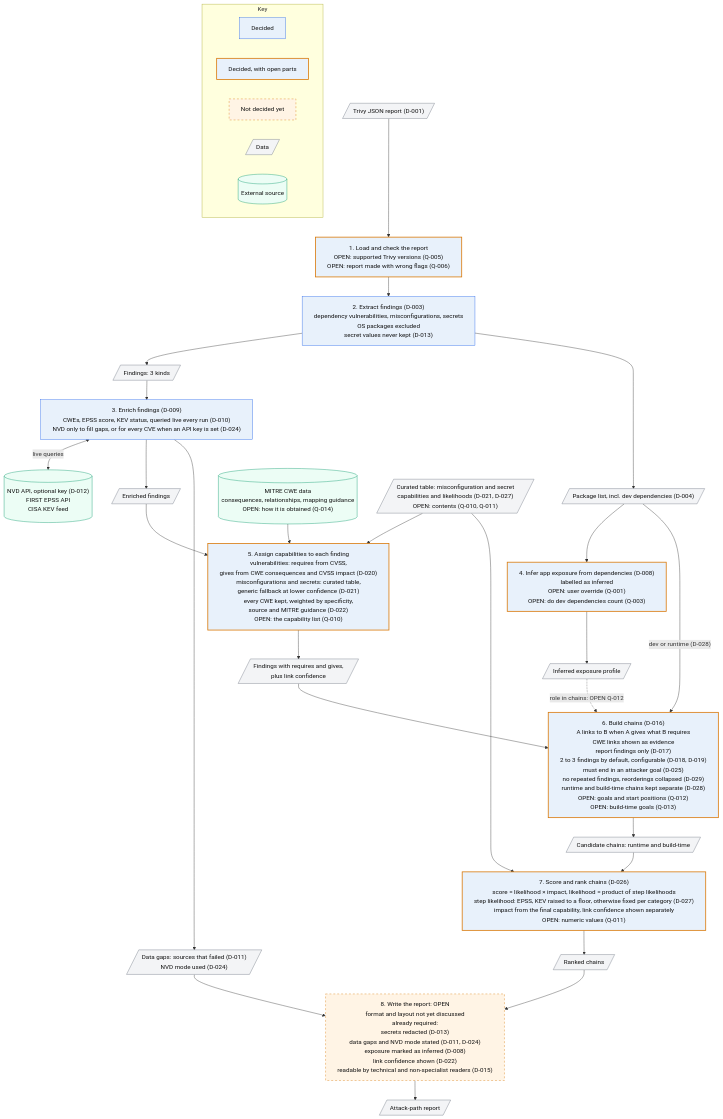
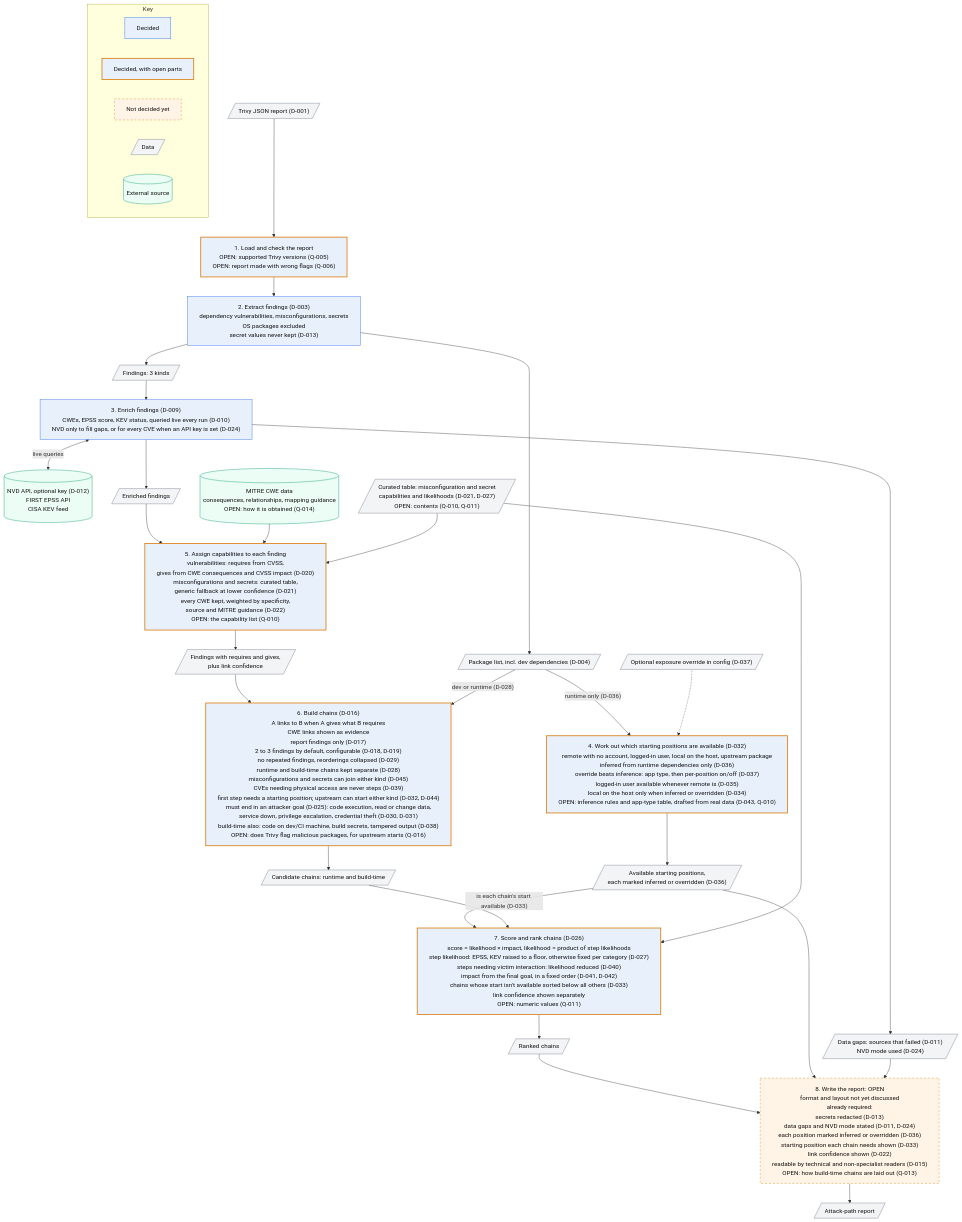
The diagram in docs/planning/diagrams/02-internal-pipeline.md (jackbowden-ai/open-attack-path), drawn with Mermaid before and after one commit. The commit also changed other lines of this file and 10 other files, not shown here.

First line of the commit message:
Attacker model interview: decisions D-030 to D-045, diagrams updated

````diff
--- a/docs/planning/diagrams/02-internal-pipeline.md
+++ b/docs/planning/diagrams/02-internal-pipeline.md
@@ -5,76 +5,80 @@
 ```mermaid
 ---
 config:
   flowchart:
     wrappingWidth: 600
 ---
 flowchart TB
     in[/"Trivy JSON report (D-001)"/]
 
     s1["1. Load and check the report<br/>OPEN: supported Trivy versions (Q-005)<br/>OPEN: report made with wrong flags (Q-006)"]
     s2["2. Extract findings (D-003)<br/>dependency vulnerabilities, misconfigurations, secrets<br/>OS packages excluded<br/>secret values never kept (D-013)"]
     d2a[/"Findings: 3 kinds"/]
     d2b[/"Package list, incl. dev dependencies (D-004)"/]
 
     s3["3. Enrich findings (D-009)<br/>CWEs, EPSS score, KEV status, queried live every run (D-010)<br/>NVD only to fill gaps, or for every CVE when an API key is set (D-024)"]
     ext[("NVD API, optional key (D-012)<br/>FIRST EPSS API<br/>CISA KEV feed")]
     d3a[/"Enriched findings"/]
     d3b[/"Data gaps: sources that failed (D-011)<br/>NVD mode used (D-024)"/]
 
-    s4["4. Infer app exposure from dependencies (D-008)<br/>labelled as inferred<br/>OPEN: user override (Q-001)<br/>OPEN: do dev dependencies count (Q-003)"]
-    d4[/"Inferred exposure profile"/]
+    s4["4. Work out which starting positions are available (D-032)<br/>remote with no account, logged-in user, local on the host, upstream package<br/>inferred from runtime dependencies only (D-036)<br/>override beats inference: app type, then per-position on/off (D-037)<br/>logged-in user available whenever remote is (D-035)<br/>local on the host only when inferred or overridden (D-034)<br/>OPEN: inference rules and app-type table, drafted from real data (D-043, Q-010)"]
+    ovr[/"Optional exposure override in config (D-037)"/]
+    d4[/"Available starting positions,<br/>each marked inferred or overridden (D-036)"/]
 
     s5["5. Assign capabilities to each finding<br/>vulnerabilities: requires from CVSS,<br/>gives from CWE consequences and CVSS impact (D-020)<br/>misconfigurations and secrets: curated table,<br/>generic fallback at lower confidence (D-021)<br/>every CWE kept, weighted by specificity,<br/>source and MITRE guidance (D-022)<br/>OPEN: the capability list (Q-010)"]
     cwe[("MITRE CWE data<br/>consequences, relationships, mapping guidance<br/>OPEN: how it is obtained (Q-014)")]
     tbl[/"Curated table: misconfiguration and secret<br/>capabilities and likelihoods (D-021, D-027)<br/>OPEN: contents (Q-010, Q-011)"/]
     d5[/"Findings with requires and gives,<br/>plus link confidence"/]
 
-    s6["6. Build chains (D-016)<br/>A links to B when A gives what B requires<br/>CWE links shown as evidence<br/>report findings only (D-017)<br/>2 to 3 findings by default, configurable (D-018, D-019)<br/>must end in an attacker goal (D-025)<br/>no repeated findings, reorderings collapsed (D-029)<br/>runtime and build-time chains kept separate (D-028)<br/>OPEN: goals and start positions (Q-012)<br/>OPEN: build-time goals (Q-013)"]
+    s6["6. Build chains (D-016)<br/>A links to B when A gives what B requires<br/>CWE links shown as evidence<br/>report findings only (D-017)<br/>2 to 3 findings by default, configurable (D-018, D-019)<br/>no repeated findings, reorderings collapsed (D-029)<br/>runtime and build-time chains kept separate (D-028)<br/>misconfigurations and secrets can join either kind (D-045)<br/>CVEs needing physical access are never steps (D-039)<br/>first step needs a starting position; upstream can start either kind (D-032, D-044)<br/>must end in an attacker goal (D-025): code execution, read or change data,<br/>service down, privilege escalation, credential theft (D-030, D-031)<br/>build-time also: code on dev/CI machine, build secrets, tampered output (D-038)<br/>OPEN: does Trivy flag malicious packages, for upstream starts (Q-016)"]
     d6[/"Candidate chains: runtime and build-time"/]
 
-    s7["7. Score and rank chains (D-026)<br/>score = likelihood × impact, likelihood = product of step likelihoods<br/>step likelihood: EPSS, KEV raised to a floor, otherwise fixed per category (D-027)<br/>impact from the final capability, link confidence shown separately<br/>OPEN: numeric values (Q-011)"]
+    s7["7. Score and rank chains (D-026)<br/>score = likelihood × impact, likelihood = product of step likelihoods<br/>step likelihood: EPSS, KEV raised to a floor, otherwise fixed per category (D-027)<br/>steps needing victim interaction: likelihood reduced (D-040)<br/>impact from the final goal, in a fixed order (D-041, D-042)<br/>chains whose start isn't available sorted below all others (D-033)<br/>link confidence shown separately<br/>OPEN: numeric values (Q-011)"]
     d7[/"Ranked chains"/]
 
-    s8["8. Write the report: OPEN<br/>format and layout not yet discussed<br/>already required:<br/>secrets redacted (D-013)<br/>data gaps and NVD mode stated (D-011, D-024)<br/>exposure marked as inferred (D-008)<br/>link confidence shown (D-022)<br/>readable by technical and non-specialist readers (D-015)"]
+    s8["8. Write the report: OPEN<br/>format and layout not yet discussed<br/>already required:<br/>secrets redacted (D-013)<br/>data gaps and NVD mode stated (D-011, D-024)<br/>each position marked inferred or overridden (D-036)<br/>starting position each chain needs shown (D-033)<br/>link confidence shown (D-022)<br/>readable by technical and non-specialist readers (D-015)<br/>OPEN: how build-time chains are laid out (Q-013)"]
     out[/"Attack-path report"/]
 
     in --> s1 --> s2
     s2 --> d2a
     s2 --> d2b
     d2a --> s3
     s3 <-->|"live queries"| ext
     s3 --> d3a
     s3 --> d3b
-    d2b --> s4 --> d4
+    d2b -->|"runtime only (D-036)"| s4
+    ovr -.-> s4
+    s4 --> d4
     d3a --> s5
     cwe --> s5
     tbl --> s5
     s5 --> d5 --> s6
     d2b -->|"dev or runtime (D-028)"| s6
-    d4 -.->|"role in chains: OPEN Q-012"| s6
+    d4 -->|"is each chain's start available (D-033)"| s7
     s6 --> d6 --> s7
     tbl --> s7
     s7 --> d7 --> s8
+    d4 --> s8
     d3b --> s8
     s8 --> out
 
     subgraph legend["Key"]
         direction LR
         k1["Decided"]
         k2["Decided, with open parts"]
         k3["Not decided yet"]
         k4[/"Data"/]
         k5[("External source")]
     end
 
     classDef decided fill:#e8f1fb,stroke:#2563eb,color:#111
     classDef partial fill:#e8f1fb,stroke:#d97706,stroke-width:2px,color:#111
     classDef open fill:#fff4e5,stroke:#d97706,stroke-dasharray:5 5,color:#111
     classDef data fill:#f3f4f6,stroke:#6b7280,color:#111
     classDef external fill:#ecfdf5,stroke:#059669,color:#111
     class s2,s3,k1 decided
     class s1,s4,s5,s6,s7,k2 partial
     class s8,k3 open
-    class in,d2a,d2b,d3a,d3b,d4,d5,d6,d7,out,tbl,k4 data
+    class in,d2a,d2b,d3a,d3b,d4,d5,d6,d7,out,tbl,ovr,k4 data
     class ext,cwe,k5 external
 ```
````
